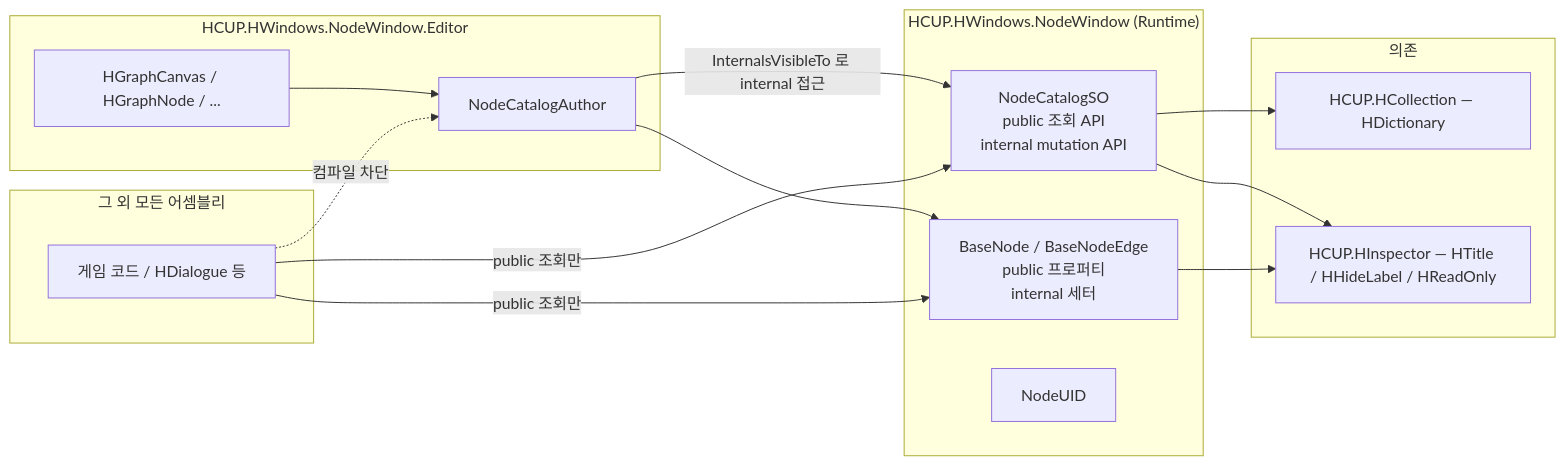
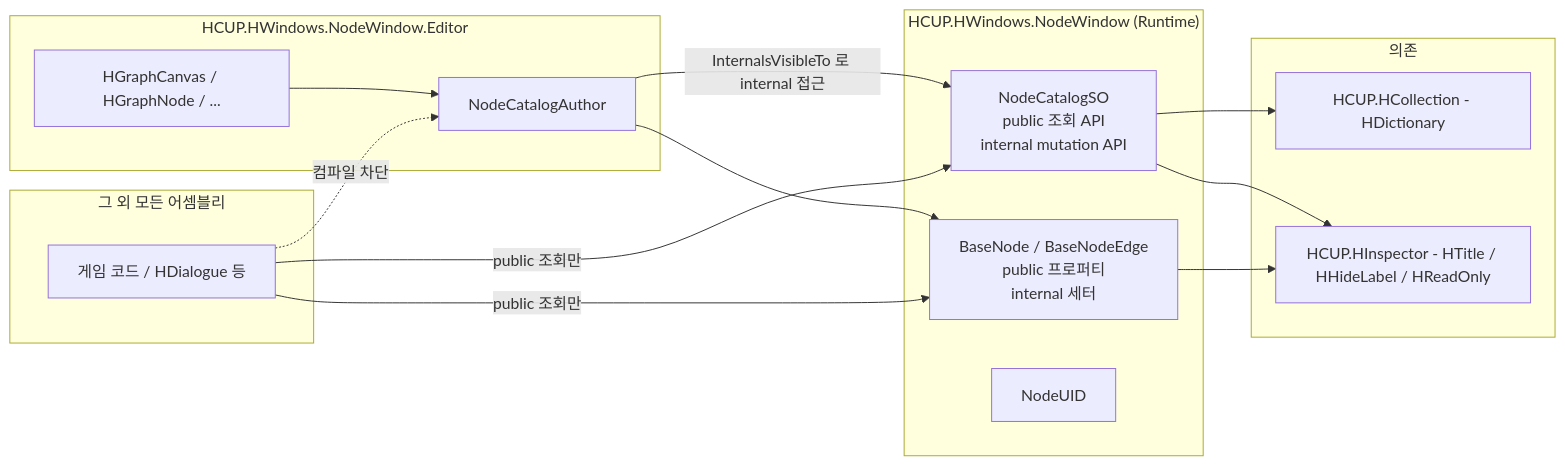
The diagram in HWindows/Runtime/NodeWindow/README.md (HoHong123/HCUP-Unity), drawn with Mermaid before and after one commit. The commit also changed other lines of this file, not shown here.

````diff
--- a/HWindows/Runtime/NodeWindow/README.md
+++ b/HWindows/Runtime/NodeWindow/README.md
@@ -42,29 +42,29 @@
 ```mermaid
 flowchart LR
     subgraph RT["HCUP.HWindows.NodeWindow (Runtime)"]
     A["NodeCatalogSO<br/>public 조회 API<br/>internal mutation API"]
     B["BaseNode / BaseNodeEdge<br/>public 프로퍼티<br/>internal 세터"]
     C["NodeUID"]
     end
     subgraph ED["HCUP.HWindows.NodeWindow.Editor"]
     D["NodeCatalogAuthor"]
     E["HGraphCanvas / HGraphNode / ..."]
     end
     subgraph OTHER["그 외 모든 어셈블리"]
     F["게임 코드 / HDialogue 등"]
     end
     subgraph DEP["의존"]
-    G["HCUP.HCollection — HDictionary"]
-    H["HCUP.HInspector — HTitle / HHideLabel / HReadOnly"]
+    G["HCUP.HCollection - HDictionary"]
+    H["HCUP.HInspector - HTitle / HHideLabel / HReadOnly"]
     end
 
     D -->|"InternalsVisibleTo 로 internal 접근"| A
     D --> B
     E --> D
     F -->|"public 조회만"| A
     F -->|"public 조회만"| B
     F -.->|"컴파일 차단"| D
     A --> G
     A --> H
     B --> H
 ```
````
